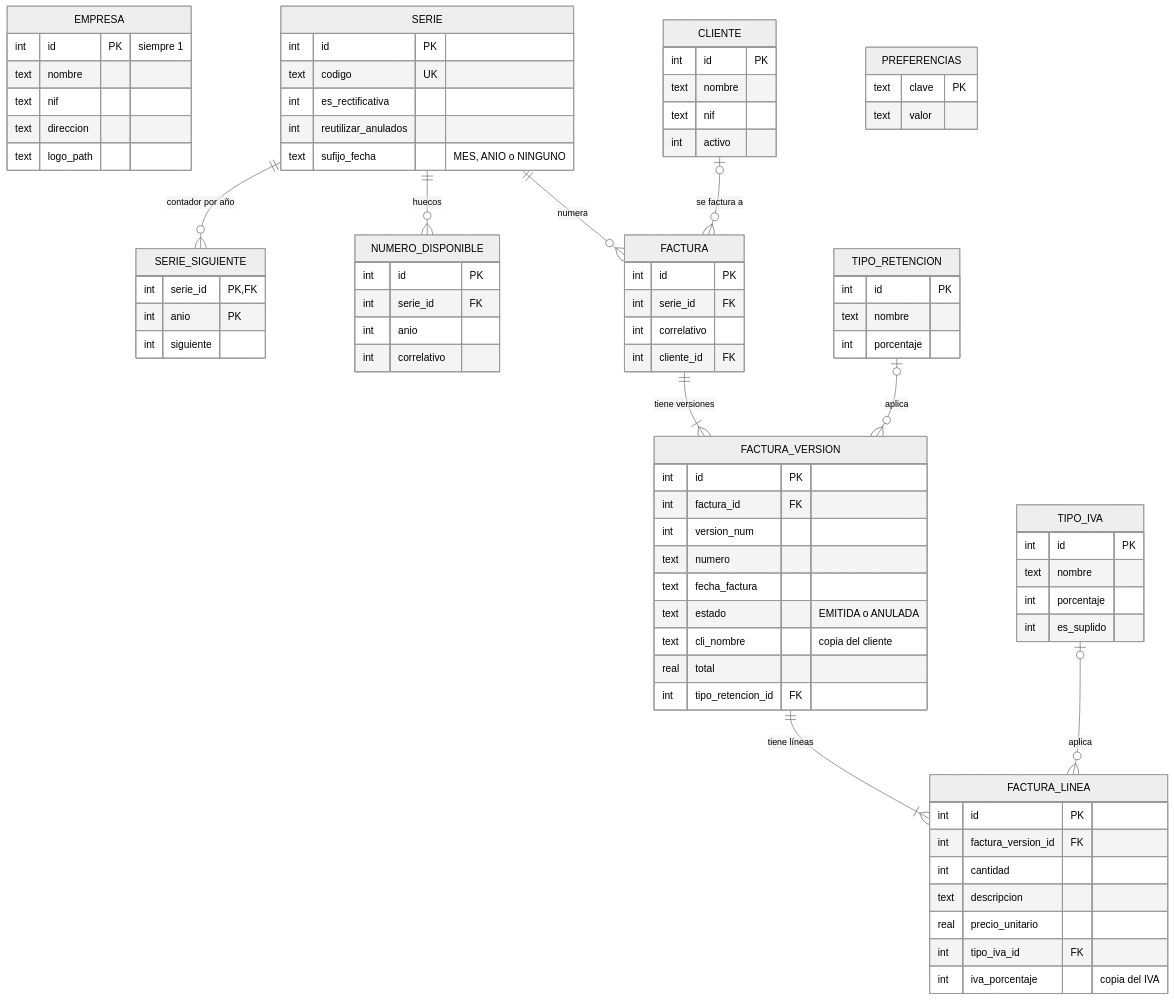
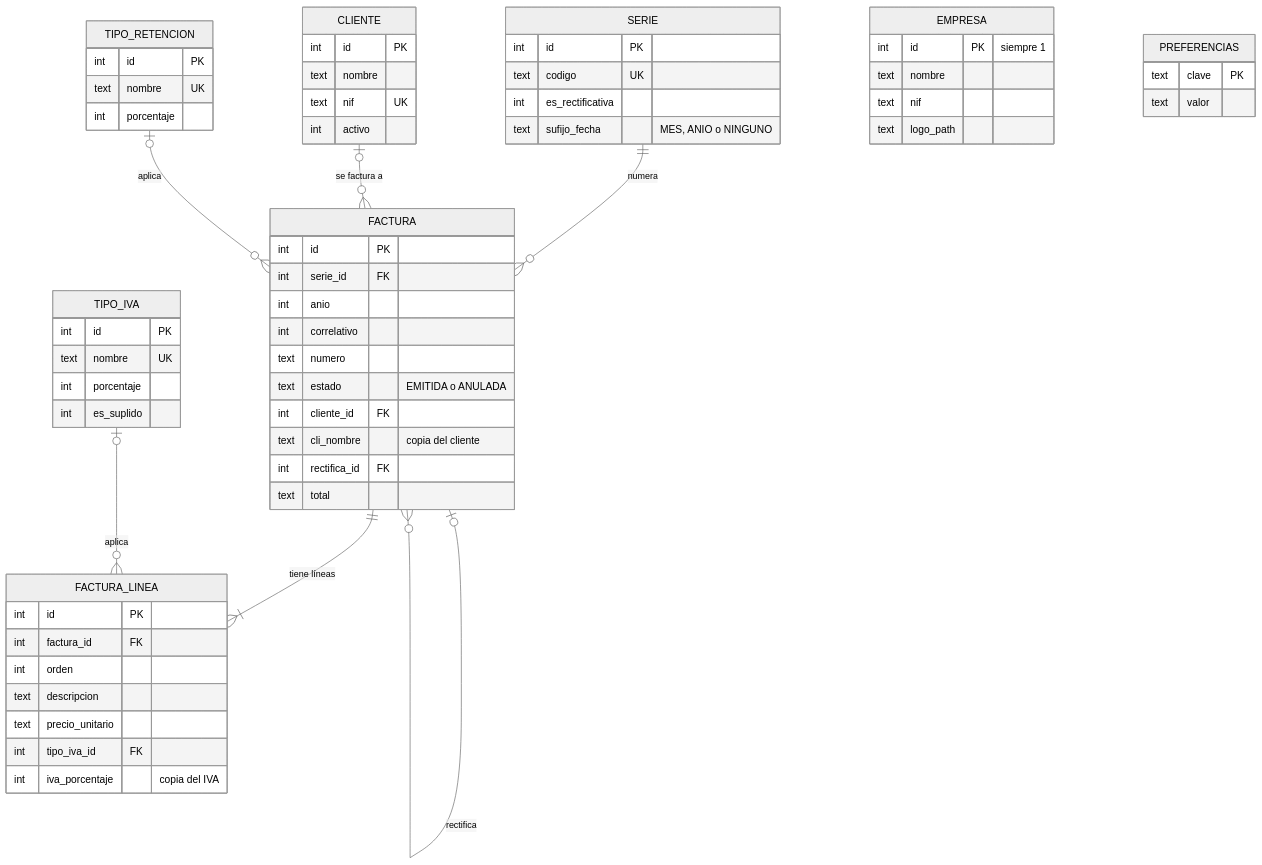
The second of 2 diagrams in docs/tecnico.md (jribanezgarcia/factura_prueba), drawn with Mermaid (neutral theme) before and after one commit. The commit also changed other lines of this file and 14 other files, not shown here.

````diff
--- a/docs/tecnico.md
+++ b/docs/tecnico.md
@@ -131,72 +110,54 @@
 ```mermaid
 erDiagram
-    EMPRESA {
-        int id PK "siempre 1"
-        text nombre
-        text nif
-        text direccion
-        text logo_path
-    }
     CLIENTE {
         int id PK
         text nombre
-        text nif
+        text nif UK
         int activo
     }
     SERIE {
         int id PK
         text codigo UK
         int es_rectificativa
-        int reutilizar_anulados
         text sufijo_fecha "MES, ANIO o NINGUNO"
     }
-    SERIE_SIGUIENTE {
-        int serie_id PK, FK
-        int anio PK
-        int siguiente
-    }
-    NUMERO_DISPONIBLE {
+    FACTURA {
         int id PK
         int serie_id FK
         int anio
         int correlativo
-    }
-    FACTURA {
-        int id PK
-        int serie_id FK
-        int correlativo
+        text numero
+        text estado "EMITIDA o ANULADA"
         int cliente_id FK
-    }
-    FACTURA_VERSION {
-        int id PK
-        int factura_id FK
-        int version_num
-        text numero
-        text fecha_factura
-        text estado "EMITIDA o ANULADA"
         text cli_nombre "copia del cliente"
-        real total
-        int tipo_retencion_id FK
+        int rectifica_id FK
+        text total
     }
     FACTURA_LINEA {
         int id PK
-        int factura_version_id FK
-        int cantidad
+        int factura_id FK
+        int orden
         text descripcion
-        real precio_unitario
+        text precio_unitario
         int tipo_iva_id FK
         int iva_porcentaje "copia del IVA"
     }
     TIPO_IVA {
         int id PK
-        text nombre
+        text nombre UK
         int porcentaje
         int es_suplido
     }
     TIPO_RETENCION {
         int id PK
+        text nombre UK
+        int porcentaje
+    }
+    EMPRESA {
+        int id PK "siempre 1"
         text nombre
-        int porcentaje
+        text nif
+        text logo_path
     }
     PREFERENCIAS {
         text clave PK
@@ -204,11 +165,9 @@
     }
 
     SERIE ||--o{ FACTURA : "numera"
-    SERIE ||--o{ SERIE_SIGUIENTE : "contador por año"
-    SERIE ||--o{ NUMERO_DISPONIBLE : "huecos"
     CLIENTE |o--o{ FACTURA : "se factura a"
-    FACTURA ||--|{ FACTURA_VERSION : "tiene versiones"
-    FACTURA_VERSION ||--|{ FACTURA_LINEA : "tiene líneas"
+    FACTURA ||--|{ FACTURA_LINEA : "tiene líneas"
+    FACTURA |o--o{ FACTURA : "rectifica"
     TIPO_IVA |o--o{ FACTURA_LINEA : "aplica"
-    TIPO_RETENCION |o--o{ FACTURA_VERSION : "aplica"
+    TIPO_RETENCION |o--o{ FACTURA : "aplica"
 ```
````
